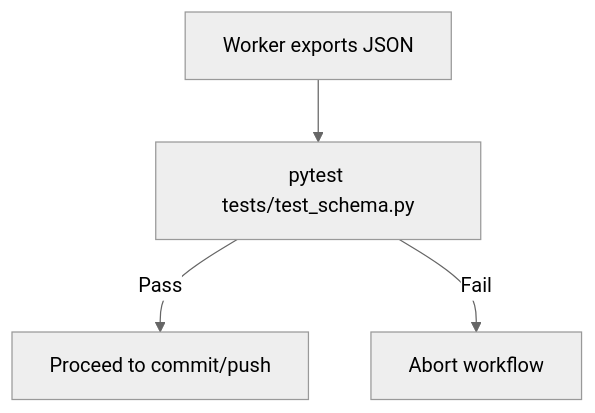
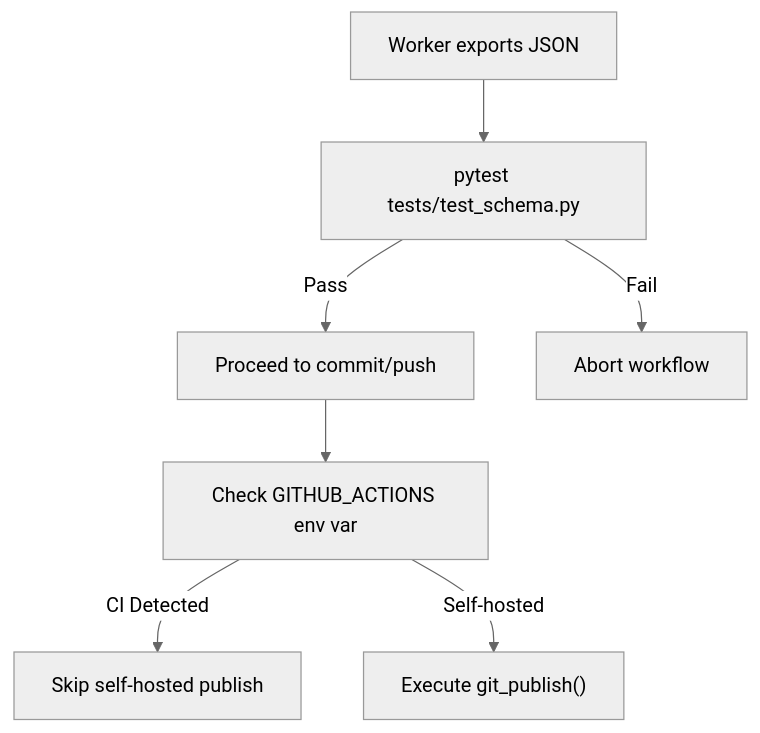
The eighth of 9 diagrams in .qoder/repowiki/en/content/Automation and Deployment/CI_CD Pipelines.md (shakthi-vinayak/news), drawn with Mermaid (neutral theme) before and after one commit. The commit also changed other lines of this file and 55 other files, not shown here.

````diff
--- a/.qoder/repowiki/en/content/Automation and Deployment/CI_CD Pipelines.md
+++ b/.qoder/repowiki/en/content/Automation and Deployment/CI_CD Pipelines.md
@@ -306,6 +338,9 @@
 ```mermaid
 flowchart TD
 Collect["Worker exports JSON"] --> Test["pytest tests/test_schema.py"]
 Test --> |Pass| Proceed["Proceed to commit/push"]
 Test --> |Fail| Abort["Abort workflow"]
+Proceed --> EnvCheck["Check GITHUB_ACTIONS env var"]
+EnvCheck --> |CI Detected| Skip["Skip self-hosted publish"]
+EnvCheck --> |Self-hosted| Publish["Execute git_publish()"]
 ```
````
